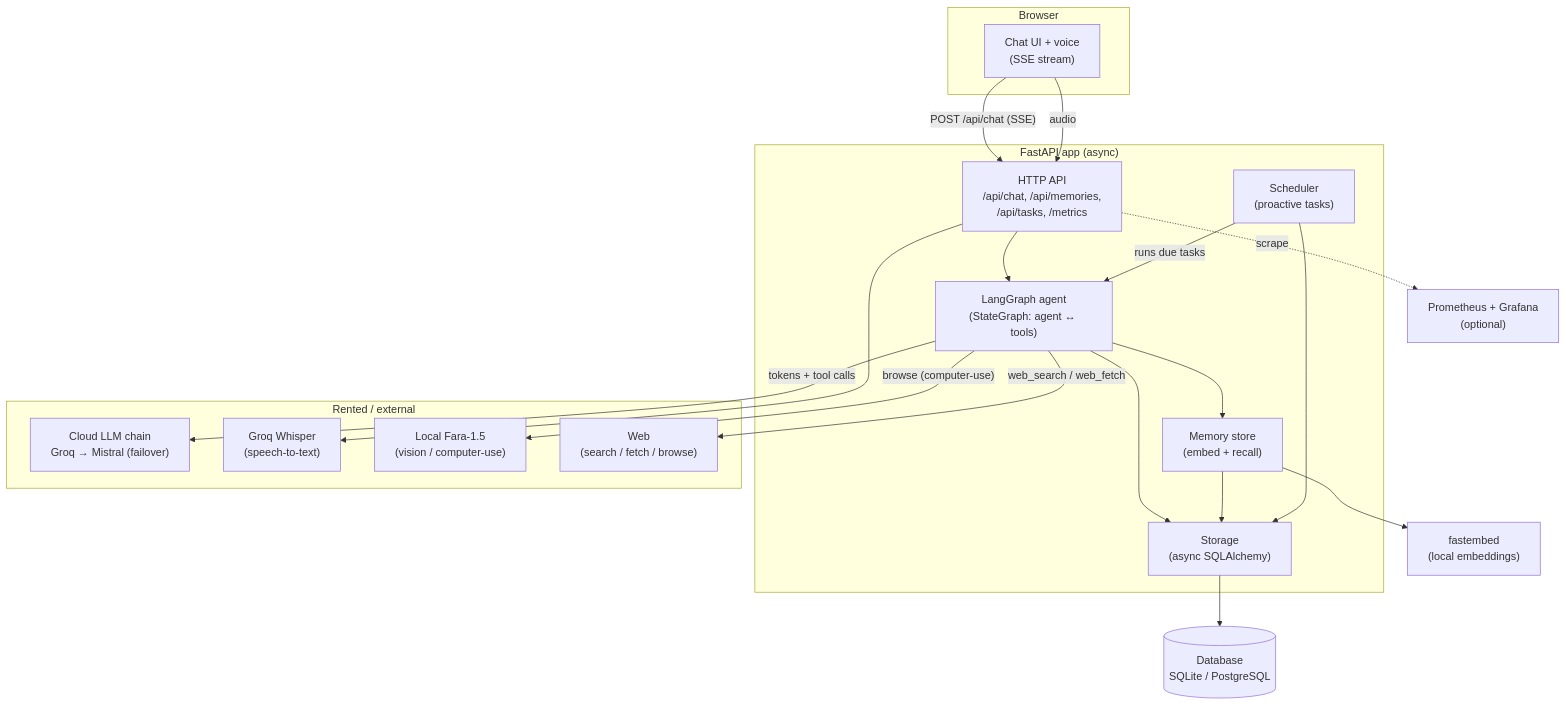
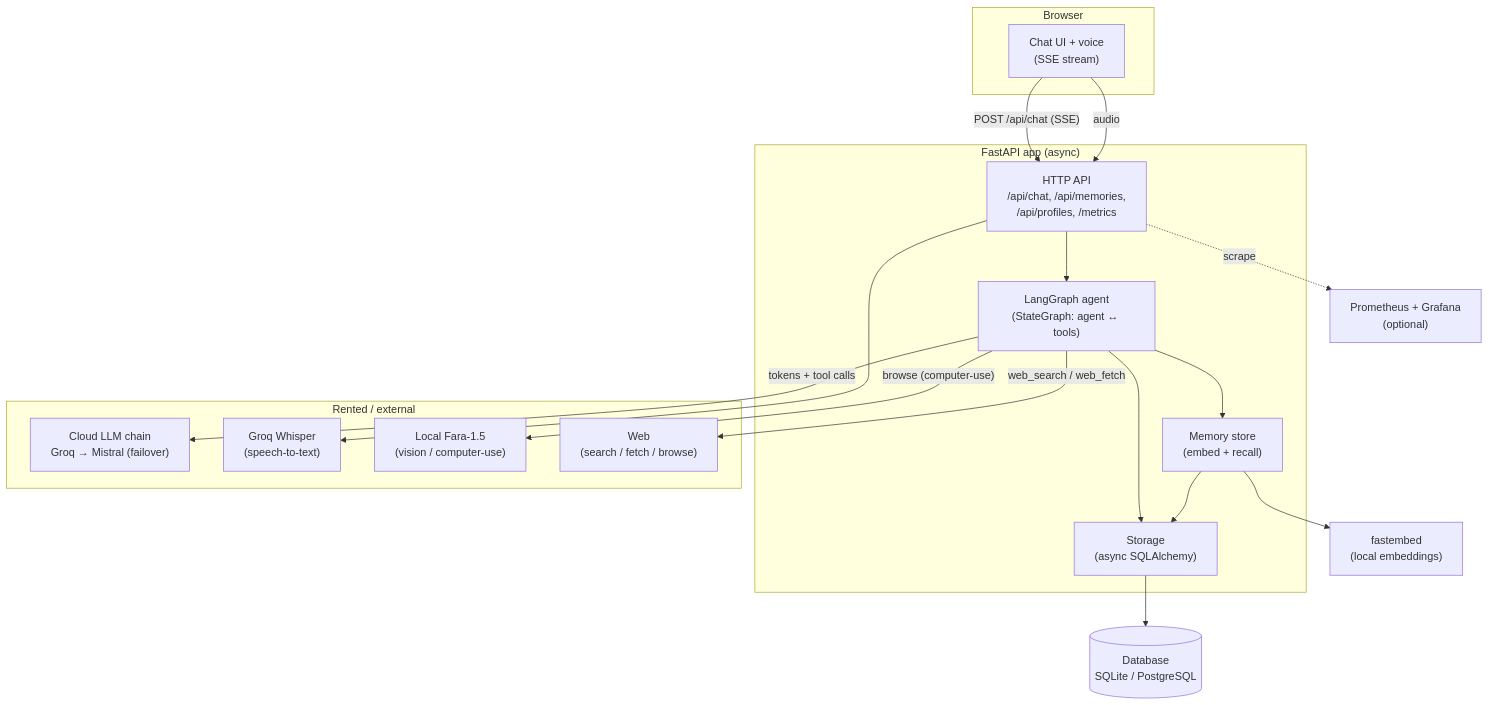
The diagram in docs/architecture.md (Vasanthx7/oli), drawn with Mermaid before and after one commit. The commit also changed other lines of this file and 14 other files, not shown here.

````diff
--- a/docs/architecture.md
+++ b/docs/architecture.md
@@ -12,40 +12,37 @@
 ```mermaid
 flowchart TD
     subgraph Client["Browser"]
         UI["Chat UI + voice<br/>(SSE stream)"]
     end
 
     subgraph Server["FastAPI app (async)"]
-        API["HTTP API<br/>/api/chat, /api/memories,<br/>/api/tasks, /metrics"]
+        API["HTTP API<br/>/api/chat, /api/memories,<br/>/api/profiles, /metrics"]
         AGENT["LangGraph agent<br/>(StateGraph: agent &harr; tools)"]
         MEM["Memory store<br/>(embed + recall)"]
-        SCHED["Scheduler<br/>(proactive tasks)"]
         STORE["Storage<br/>(async SQLAlchemy)"]
     end
 
     subgraph External["Rented / external"]
         LLM["Cloud LLM chain<br/>Groq → Mistral (failover)"]
         WHISPER["Groq Whisper<br/>(speech-to-text)"]
         FARA["Local Fara-1.5<br/>(vision / computer-use)"]
         WEB["Web<br/>(search / fetch / browse)"]
     end
 
     DB[("Database<br/>SQLite / PostgreSQL")]
     EMB["fastembed<br/>(local embeddings)"]
 
     UI -->|"POST /api/chat (SSE)"| API
     UI -->|"audio"| API
     API --> AGENT
     API --> WHISPER
     AGENT -->|"tokens + tool calls"| LLM
     AGENT --> MEM
     AGENT -->|"web_search / web_fetch"| WEB
     AGENT -->|"browse (computer-use)"| FARA
     AGENT --> STORE
     MEM --> EMB
     MEM --> STORE
-    SCHED -->|"runs due tasks"| AGENT
-    SCHED --> STORE
     STORE --> DB
     API -.->|"scrape"| PROM["Prometheus + Grafana<br/>(optional)"]
 ```
````
